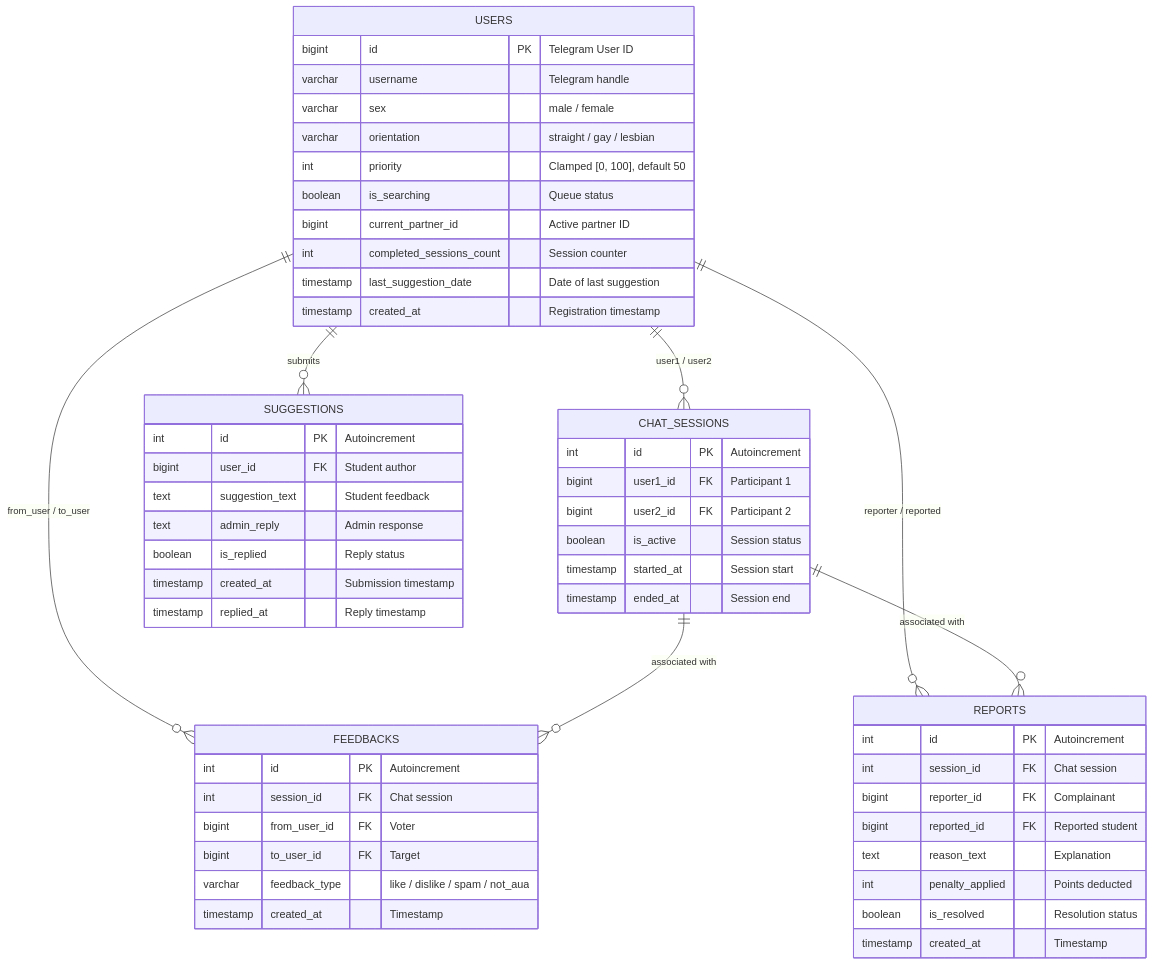
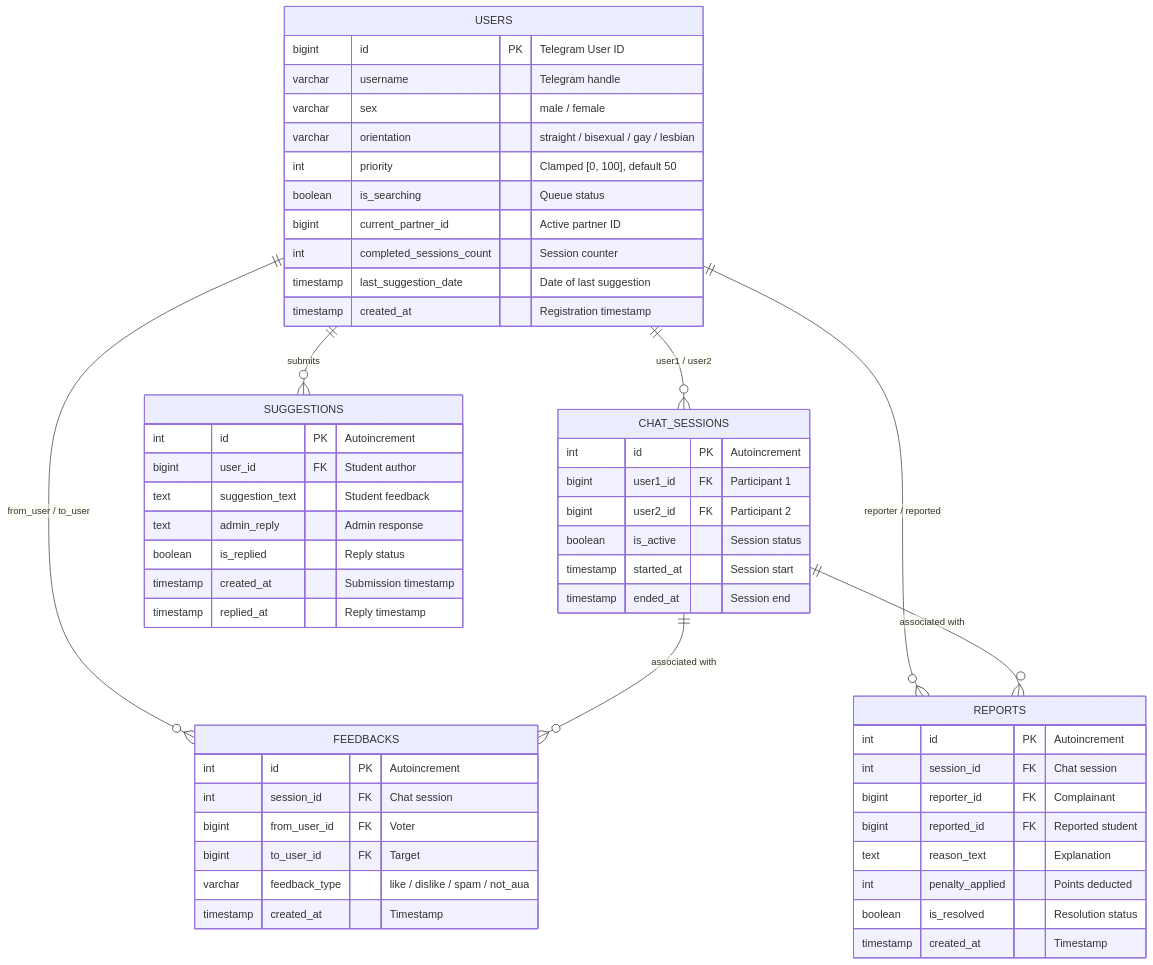
Before and after one commit to GorSargsyan2004/Anonymous-AUA: the second of 2 diagrams in README.md, drawn with Mermaid. The commit also changed other lines of this file and 10 other files, not shown here.

Commit message:
feat: preserve active sessions across restarts and add bisexual orientation support

````diff
--- a/README.md
+++ b/README.md
@@ -170,61 +180,61 @@
 ```mermaid
 erDiagram
     USERS ||--o{ CHAT_SESSIONS : "user1 / user2"
     USERS ||--o{ FEEDBACKS : "from_user / to_user"
     USERS ||--o{ REPORTS : "reporter / reported"
     USERS ||--o{ SUGGESTIONS : "submits"
     CHAT_SESSIONS ||--o{ FEEDBACKS : "associated with"
     CHAT_SESSIONS ||--o{ REPORTS : "associated with"
 
     USERS {
         bigint id PK "Telegram User ID"
         varchar username "Telegram handle"
         varchar sex "male / female"
-        varchar orientation "straight / gay / lesbian"
+        varchar orientation "straight / bisexual / gay / lesbian"
         int priority "Clamped [0, 100], default 50"
         boolean is_searching "Queue status"
         bigint current_partner_id "Active partner ID"
         int completed_sessions_count "Session counter"
         timestamp last_suggestion_date "Date of last suggestion"
         timestamp created_at "Registration timestamp"
     }
 
     CHAT_SESSIONS {
         int id PK "Autoincrement"
         bigint user1_id FK "Participant 1"
         bigint user2_id FK "Participant 2"
         boolean is_active "Session status"
         timestamp started_at "Session start"
         timestamp ended_at "Session end"
     }
 
     FEEDBACKS {
         int id PK "Autoincrement"
         int session_id FK "Chat session"
         bigint from_user_id FK "Voter"
         bigint to_user_id FK "Target"
         varchar feedback_type "like / dislike / spam / not_aua"
         timestamp created_at "Timestamp"
     }
 
     REPORTS {
         int id PK "Autoincrement"
         int session_id FK "Chat session"
         bigint reporter_id FK "Complainant"
         bigint reported_id FK "Reported student"
         text reason_text "Explanation"
         int penalty_applied "Points deducted"
         boolean is_resolved "Resolution status"
         timestamp created_at "Timestamp"
     }
 
     SUGGESTIONS {
         int id PK "Autoincrement"
         bigint user_id FK "Student author"
         text suggestion_text "Student feedback"
         text admin_reply "Admin response"
         boolean is_replied "Reply status"
         timestamp created_at "Submission timestamp"
         timestamp replied_at "Reply timestamp"
     }
 ```
````
